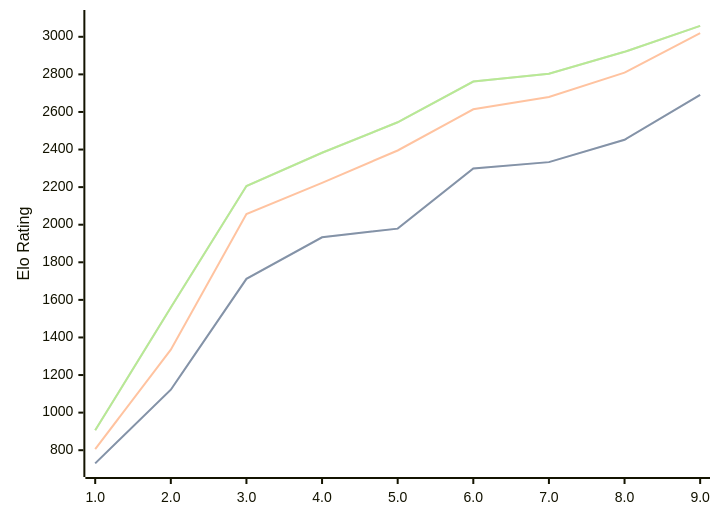
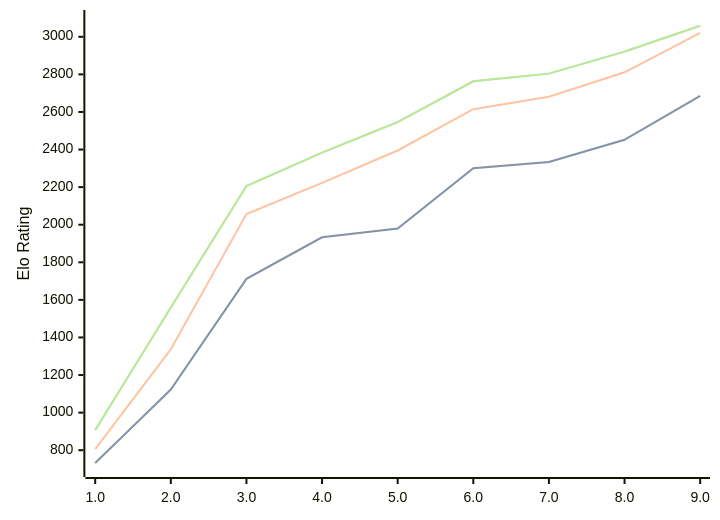
Before and after one commit to computer-chess-index/cci: the diagram in engines/Pea.md, drawn with Mermaid. The commit also changed other lines of this file, not shown here.

Commit message:
Update CCI Ratings (ELO VLTC) - 2026-07-25

````diff
--- a/engines/Pea.md
+++ b/engines/Pea.md
@@ -39,11 +39,11 @@
 ```mermaid
 %%{init: {"theme":"base","themeVariables":{"seriesColors:['#a3a3a3','#222221','#faa371']}}}%%
 xychart-beta
   x-axis ["1.0", "2.0", "3.0", "4.0", "5.0", "6.0", "7.0", "8.0", "9.0"]
   y-axis "Elo Rating" 700 --> 3100
-  line "STC (8.0+0.08s)" [730, 1122, 1712, 1933, 1979, 2299, 2333, 2452, 2691]
-  line "STC (8.0+0.08s)" [730, 1122, 1712, 1933, 1979, 2299, 2333, 2452, 2691]
-  line "LTC (60.0+0.60s)" [806, 1335, 2057, 2223, 2395, 2614, 2680, 2809, 3019]
-  line "VLTC (2m24s+1.12s)" [906, 1559, 2206, 2383, 2545, 2762, 2803, 2920, 3058]
-  line "VLTC (2m24s+1.12s)" [906, 1559, 2206, 2383, 2545, 2762, 2803, 2920, 3058]
+  line "STC (8.0+0.08s)" [732, 1123, 1712, 1933, 1980, 2300, 2334, 2452, 2685]
+  line "STC (8.0+0.08s)" [732, 1123, 1712, 1933, 1980, 2300, 2334, 2452, 2685]
+  line "LTC (60.0+0.60s)" [806, 1337, 2057, 2223, 2395, 2615, 2681, 2811, 3021]
+  line "VLTC (2m24s+1.12s)" [907, 1559, 2206, 2384, 2546, 2763, 2804, 2921, 3059]
+  line "VLTC (2m24s+1.12s)" [907, 1559, 2206, 2384, 2546, 2763, 2804, 2921, 3059]
 ```
````
